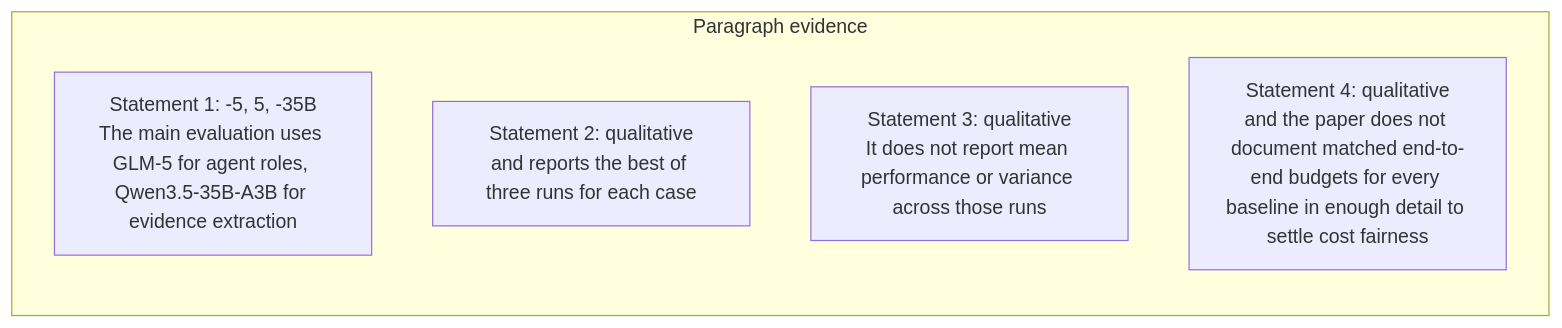
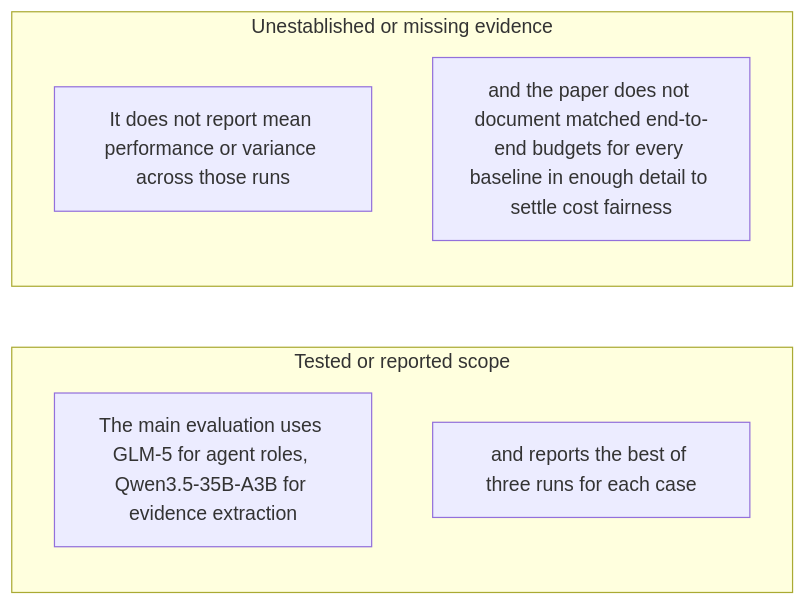
Before and after one commit to Betancourt1/paper_atlas: diagram 37 of 51 in docs/visual-manifests/VISUAL_MANIFEST_SEARCHOS_V1.md, drawn with Mermaid. The commit also changed other lines of this file and 7 other files, not shown here.

````diff
--- a/docs/visual-manifests/VISUAL_MANIFEST_SEARCHOS_V1.md
+++ b/docs/visual-manifests/VISUAL_MANIFEST_SEARCHOS_V1.md
@@ -3160,9 +3171,11 @@
 ```mermaid
 flowchart LR
-  subgraph p1["Paragraph evidence"]
-    p1r1["Statement 1: -5, 5, -35B<br/>The main evaluation uses GLM-5 for agent roles, Qwen3.5-35B-A3B for evidence extraction"]
-    p1r2["Statement 2: qualitative<br/>and reports the best of three runs for each case"]
-    p1r3["Statement 3: qualitative<br/>It does not report mean performance or variance across those runs"]
-    p1r4["Statement 4: qualitative<br/>and the paper does not document matched end-to-end budgets for every baseline in enough detail to settle cost fairness"]
+  subgraph g1["Tested or reported scope"]
+    g1i1["The main evaluation uses GLM-5 for agent roles, Qwen3.5-35B-A3B for evidence extraction"]
+    g1i2["and reports the best of three runs for each case"]
+  end
+  subgraph g2["Unestablished or missing evidence"]
+    g2i1["It does not report mean performance or variance across those runs"]
+    g2i2["and the paper does not document matched end-to-end budgets for every baseline in enough detail to settle cost fairness"]
   end
 ```
````
